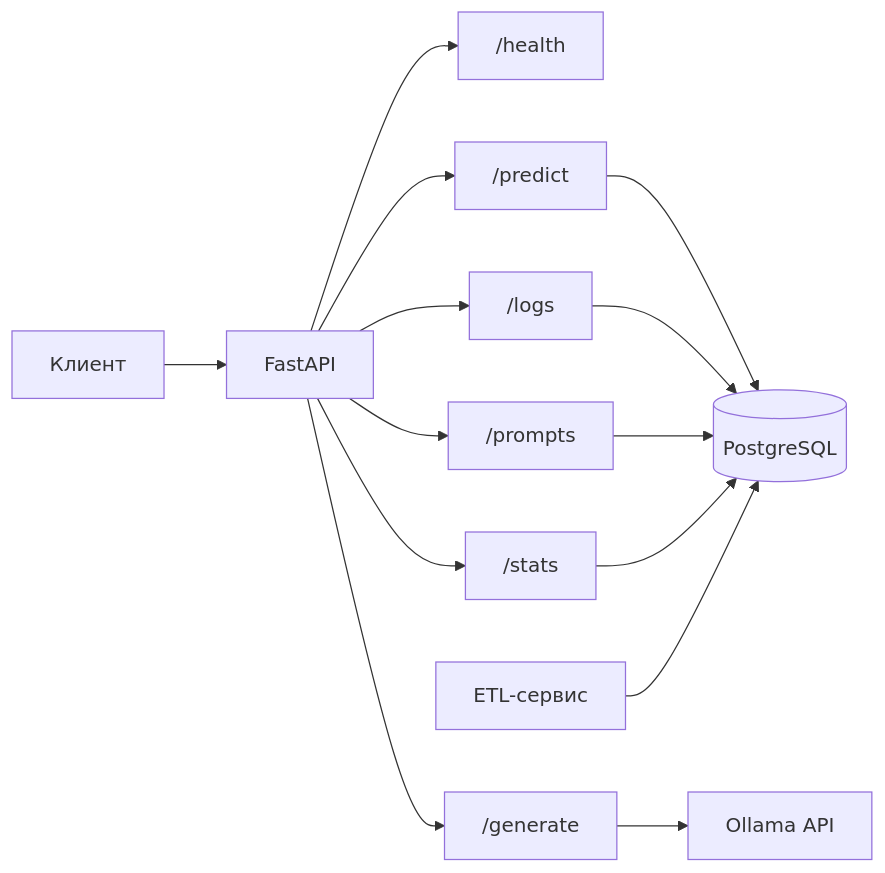
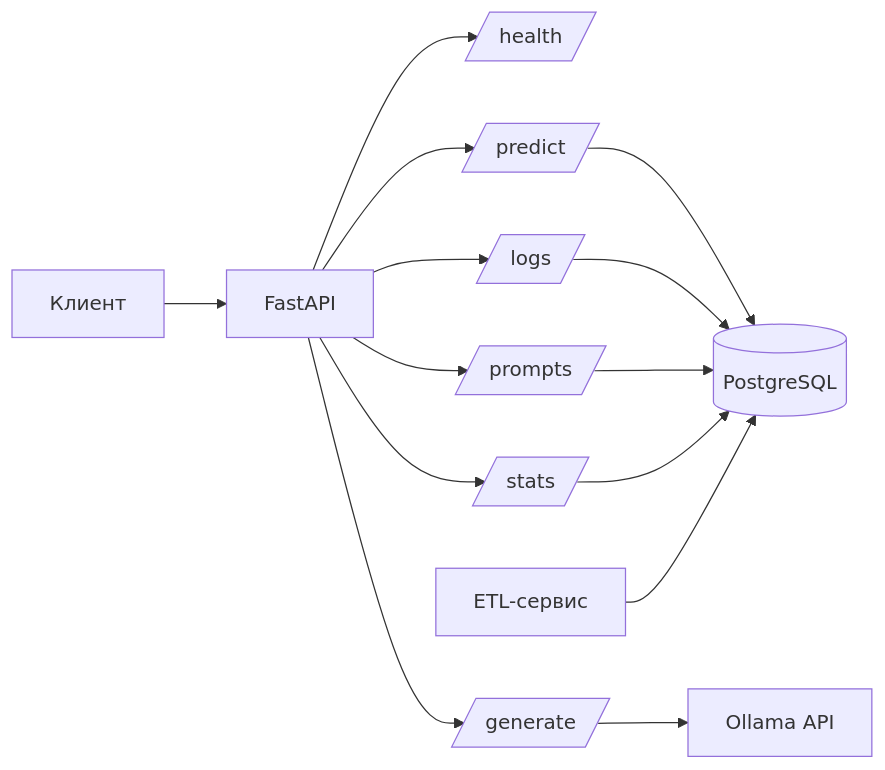
The diagram in README.md (avandrevv/ML-service), drawn with Mermaid before and after one commit. The commit also changed other lines of this file, not shown here.

````diff
--- a/README.md
+++ b/README.md
@@ -150,16 +168,16 @@
 ```mermaid
 graph LR
     A[Клиент] --> B[FastAPI]
-    B --> C["/health"]
-    B --> D["/predict"]
-    B --> E["/generate"]
-    B --> F["/logs"]
-    B --> G["/prompts"]
-    B --> H["/stats"]
+    B --> C[/health/]
+    B --> D[/predict/]
+    B --> E[/generate/]
+    B --> F[/logs/]
+    B --> G[/prompts/]
+    B --> H[/stats/]
     D --> I[(PostgreSQL)]
     F --> I
     G --> I
     H --> I
     E --> J[Ollama API]
     K[ETL-сервис] --> I
 ```
````
